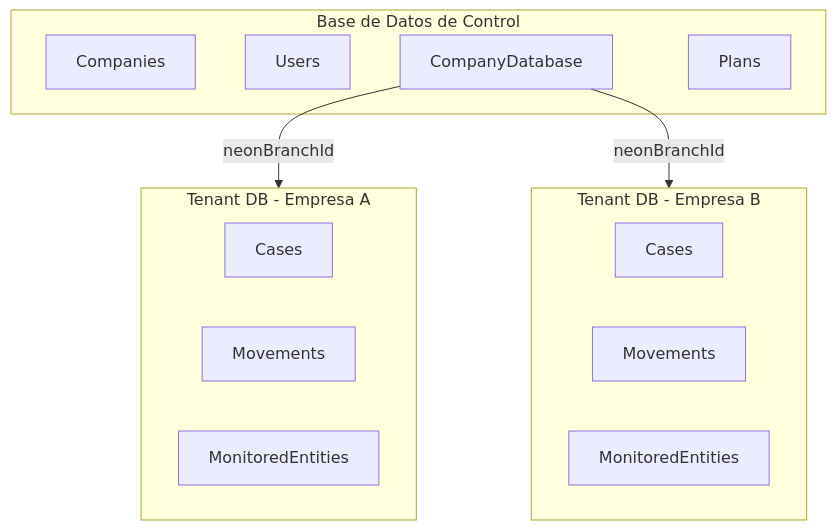
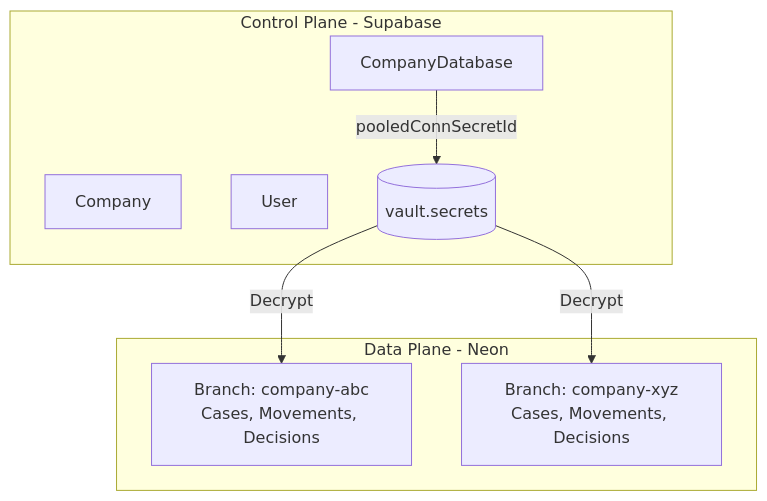
Before and after one commit to GetClamo/docs: the diagram in es/servicios/clamo-database.mdx, drawn with Mermaid. The commit also changed other lines of this file and 10 other files, not shown here.

````diff
--- a/es/servicios/clamo-database.mdx
+++ b/es/servicios/clamo-database.mdx
@@ -23,24 +24,18 @@
 ```mermaid
 flowchart TB
-    subgraph Control [Base de Datos de Control]
-        Companies[Companies]
-        Users[Users]
+    subgraph Control [Control Plane - Supabase]
+        Companies[Company]
+        Users[User]
         CompanyDB[CompanyDatabase]
-        Plans[Plans]
+        Vault[(vault.secrets)]
     end
     
-    subgraph Tenant1 [Tenant DB - Empresa A]
-        Cases1[Cases]
-        Movements1[Movements]
-        Entities1[MonitoredEntities]
+    subgraph Data [Data Plane - Neon]
+        Branch1[Branch: company-abc<br/>Cases, Movements, Decisions]
+        Branch2[Branch: company-xyz<br/>Cases, Movements, Decisions]
     end
     
-    subgraph Tenant2 [Tenant DB - Empresa B]
-        Cases2[Cases]
-        Movements2[Movements]
-        Entities2[MonitoredEntities]
-    end
-    
-    CompanyDB -->|neonBranchId| Tenant1
-    CompanyDB -->|neonBranchId| Tenant2
+    CompanyDB -->|pooledConnSecretId| Vault
+    Vault -->|Decrypt| Branch1
+    Vault -->|Decrypt| Branch2
 ```
````
